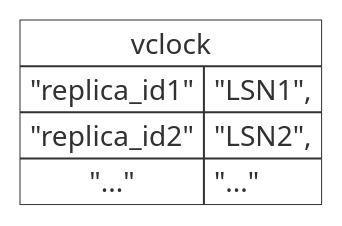
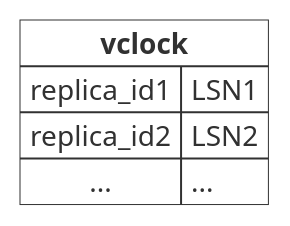
Before and after one commit to tarantool/doc: the diagram in doc/dev_guide/internals/iproto/images/vclock.puml, drawn with PlantUML. The commit also changed 3 other files, not shown here.

```diff
--- a/doc/dev_guide/internals/iproto/images/vclock.puml
+++ b/doc/dev_guide/internals/iproto/images/vclock.puml
@@ -1,16 +1,16 @@
 @startuml
 
 skinparam map {
     HyperlinkColor #0077FF
     FontColor #313131
     BorderColor #313131
     BackgroundColor transparent
 }
 
-map vclock {
-    "replica_id1" => "LSN1",
-    "replica_id2" => "LSN2",
-    "..." => "..."
+map "**vclock**" as vclock {
+    replica_id1 => LSN1
+    replica_id2 => LSN2
+    ... => ...
 }
 
 @enduml
```
